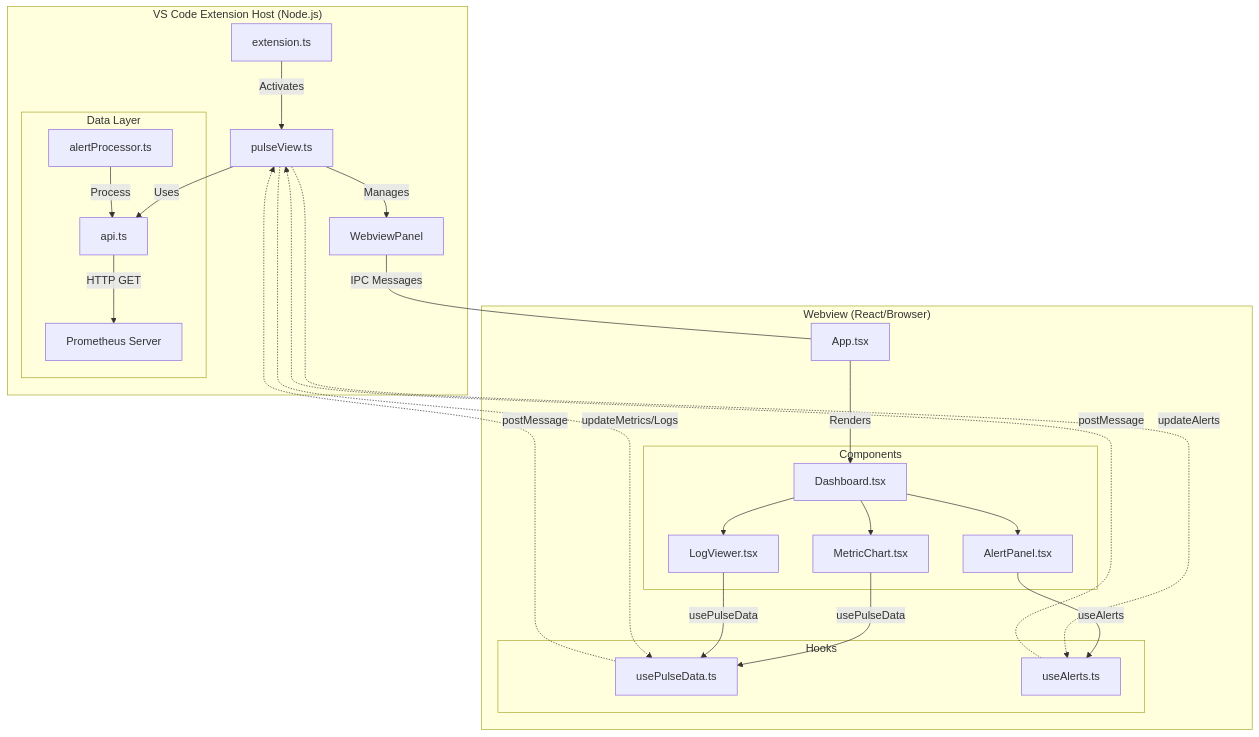
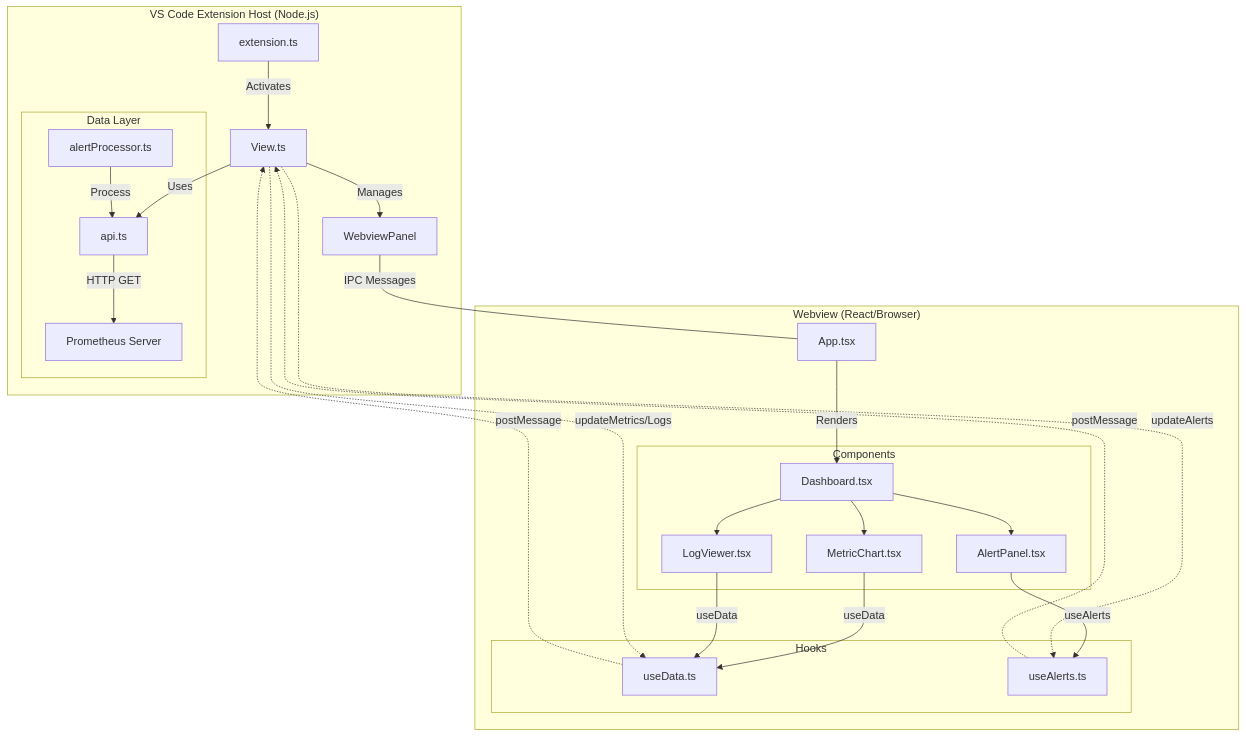
One commit to theaniketraj/pulse changed the diagram in Docs/system_architecture.md. Above: the diagram before and after it, drawn with Mermaid. The commit also changed other lines of this file and 24 other files, not shown here.

````diff
--- a/Docs/system_architecture.md
+++ b/Docs/system_architecture.md
@@ -16,35 +16,35 @@
 ```mermaid
 flowchart TD
     subgraph "VS Code Extension Host (Node.js)"
-        Ext[extension.ts] -->|Activates| PV[pulseView.ts]
+        Ext[extension.ts] -->|Activates| PV[View.ts]
         PV -->|Uses| API[api.ts]
         PV -->|Manages| Panel[WebviewPanel]
 
         subgraph "Data Layer"
             API -->|HTTP GET| Prom[Prometheus Server]
             AP[alertProcessor.ts] -->|Process| API
         end
     end
 
     subgraph "Webview (React/Browser)"
         Panel ---|IPC Messages| App[App.tsx]
         App -->|Renders| Dash[Dashboard.tsx]
 
         subgraph "Components"
             Dash --> Chart[MetricChart.tsx]
             Dash --> Logs[LogViewer.tsx]
             Dash --> Alerts[AlertPanel.tsx]
         end
 
         subgraph "Hooks"
-            Chart -->|usePulseData| Hook1[usePulseData.ts]
-            Logs -->|usePulseData| Hook1
+            Chart -->|useData| Hook1[useData.ts]
+            Logs -->|useData| Hook1
             Alerts -->|useAlerts| Hook2[useAlerts.ts]
         end
     end
 
     Hook1 -.->|postMessage| PV
     Hook2 -.->|postMessage| PV
     PV -.->|updateMetrics/Logs| Hook1
     PV -.->|updateAlerts| Hook2
 ```
````
